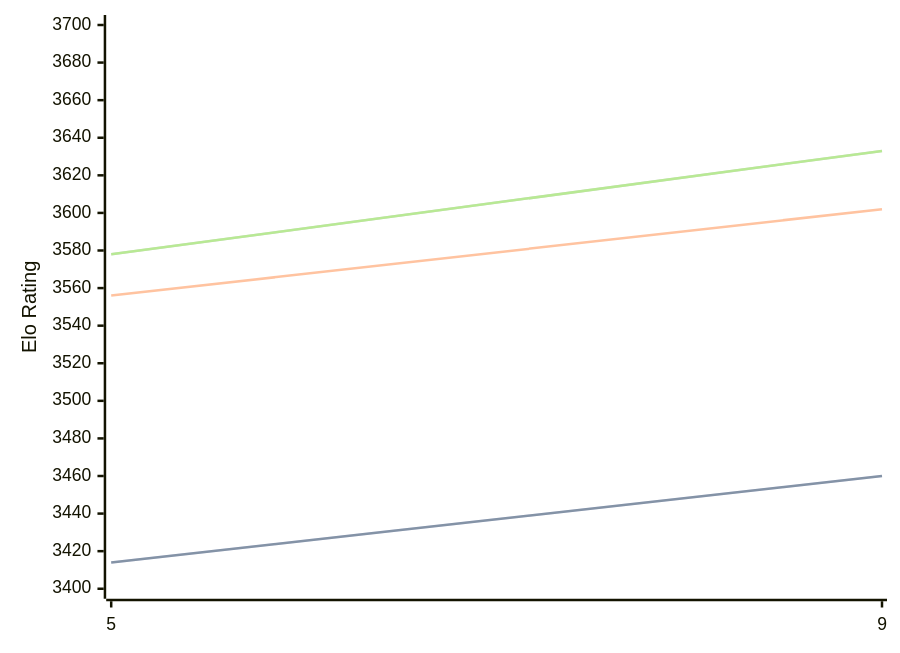
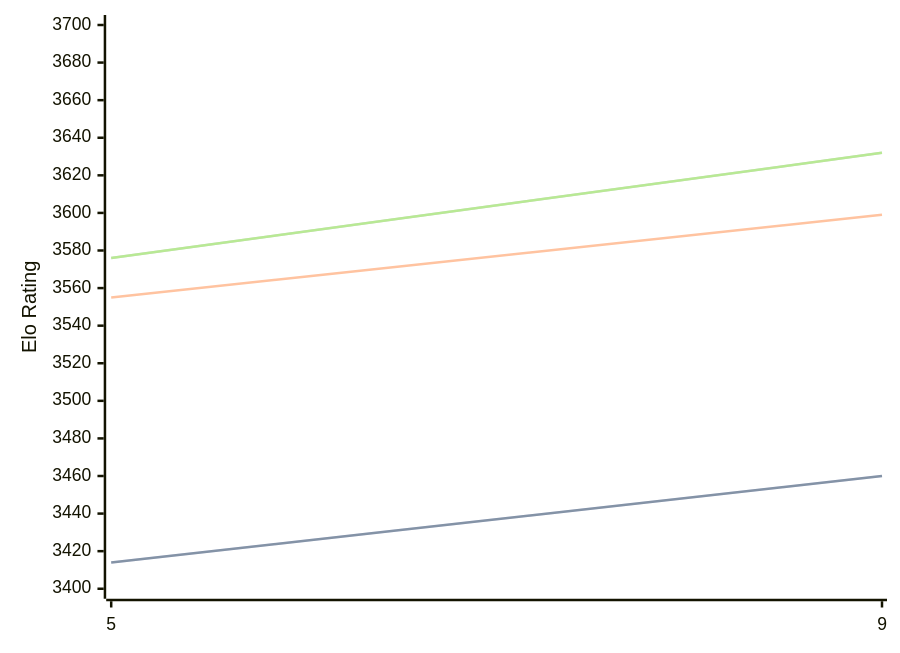
One commit to computer-chess-index/cci changed the diagram in engines/Crystal.md. Above: the diagram before and after it, drawn with Mermaid. The commit also changed other lines of this file, not shown here.

Commit message:
Update CCI Ratings (ELO VLTC) - 2026-03-11

````diff
--- a/engines/Crystal.md
+++ b/engines/Crystal.md
@@ -58,11 +58,11 @@
 ```mermaid
 %%{init: {"theme":"base","themeVariables":{"seriesColors:['#a3a3a3','#222221','#faa371']}}}%%
 xychart-beta
   x-axis ["5", "9"]
   y-axis "Elo Rating" 3400 --> 3700
   line "STC (8.0+0.08s)" [3414, 3460]
   line "STC (8.0+0.08s)" [3414, 3460]
-  line "LTC (60.0+0.60s)" [3556, 3602]
-  line "VLTC (2m24s+1.12s)" [3578, 3633]
-  line "VLTC (2m24s+1.12s)" [3578, 3633]
+  line "LTC (60.0+0.60s)" [3555, 3599]
+  line "VLTC (2m24s+1.12s)" [3576, 3632]
+  line "VLTC (2m24s+1.12s)" [3576, 3632]
 ```
````
